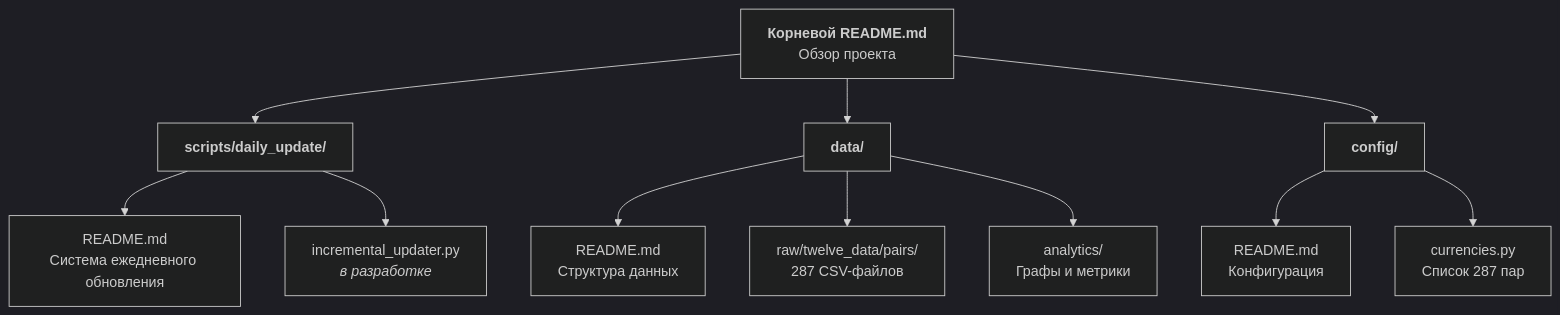
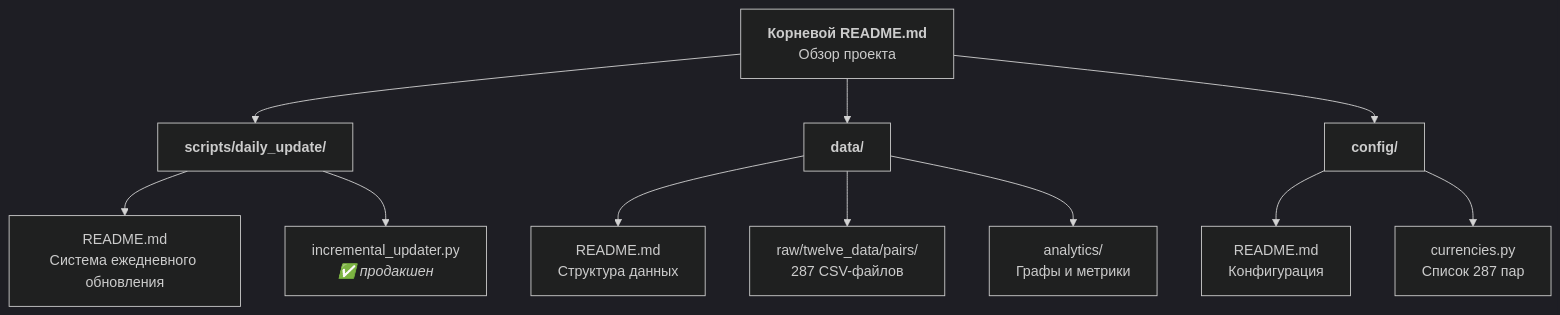
Before and after one commit to prog815/abscur3: the second of 2 diagrams in README.md, drawn with Mermaid (dark theme). The commit also changed other lines of this file, not shown here.

Commit message:
docs: обновление корневого README - система в продакшене, исправление диаграммы, обновление статуса

````diff
--- a/README.md
+++ b/README.md
@@ -84,20 +100,20 @@
 ```mermaid
 graph TD
     Root[<b>Корневой README.md</b><br/>Обзор проекта] --> Scripts
     Root --> Data
     Root --> Config
     
     Scripts[<b>scripts/daily_update/</b>] --> S_Readme[README.md<br/>Система ежедневного обновления]
-    Scripts --> Updater[incremental_updater.py<br/><em>в разработке</em>]
+    Scripts --> Updater[incremental_updater.py<br/><em>✅ продакшен</em>]
     
     Data[<b>data/</b>] --> D_Readme[README.md<br/>Структура данных]
     Data --> Raw[raw/twelve_data/pairs/<br/>287 CSV-файлов]
     Data --> Analytics[analytics/<br/>Графы и метрики]
     
     Config[<b>config/</b>] --> C_Readme[README.md<br/>Конфигурация]
     Config --> Currencies[currencies.py<br/>Список 287 пар]
     
     click S_Readme "scripts/daily_update/README.md"
     click D_Readme "data/README.md"
     click C_Readme "config/README.md"
 ```
````
